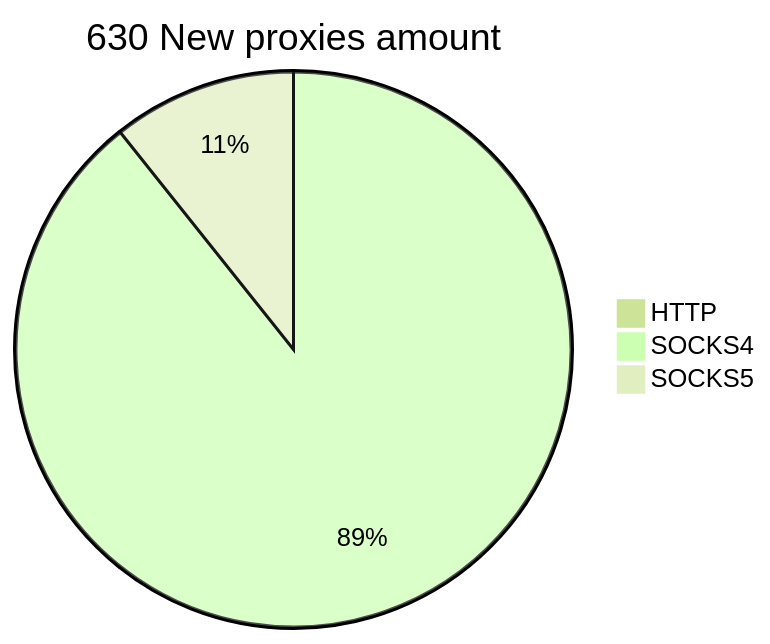
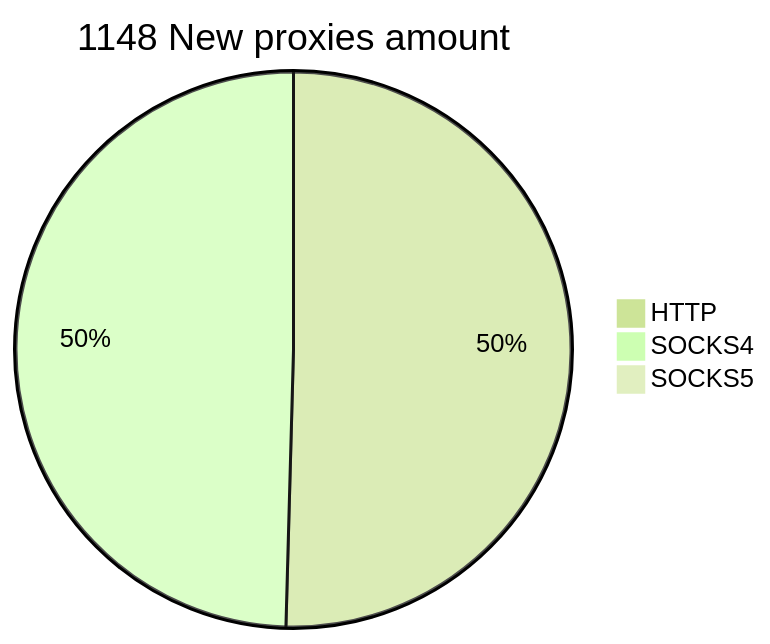
Before and after one commit to cutipu/proxylist: the second of 2 diagrams in README.md, drawn with Mermaid (forest theme). The commit also changed other lines of this file, not shown here.

````diff
--- a/README.md
+++ b/README.md
@@ -10,6 +10,6 @@
 ```mermaid
-pie title 630 New proxies amount
-    "HTTP" : 0
-    "SOCKS4" : 675
-    "SOCKS5" : 81
+pie title 1148 New proxies amount
+    "HTTP" : 580
+    "SOCKS4" : 570
+    "SOCKS5" : 0
 ```
````
